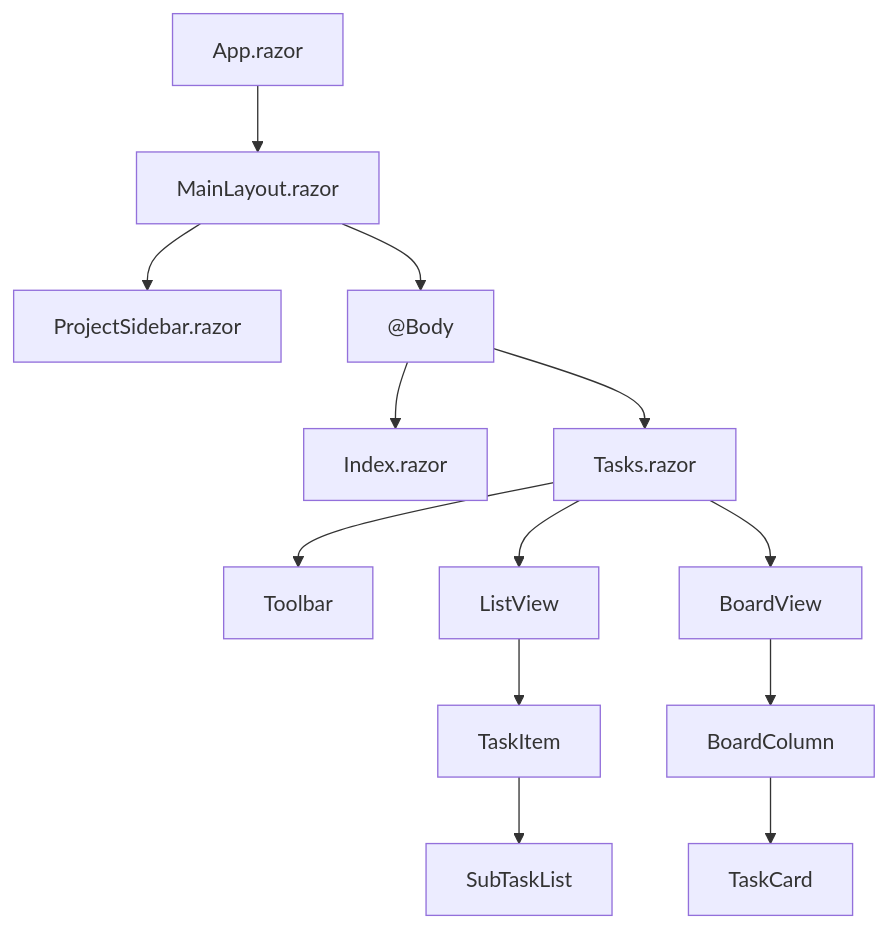
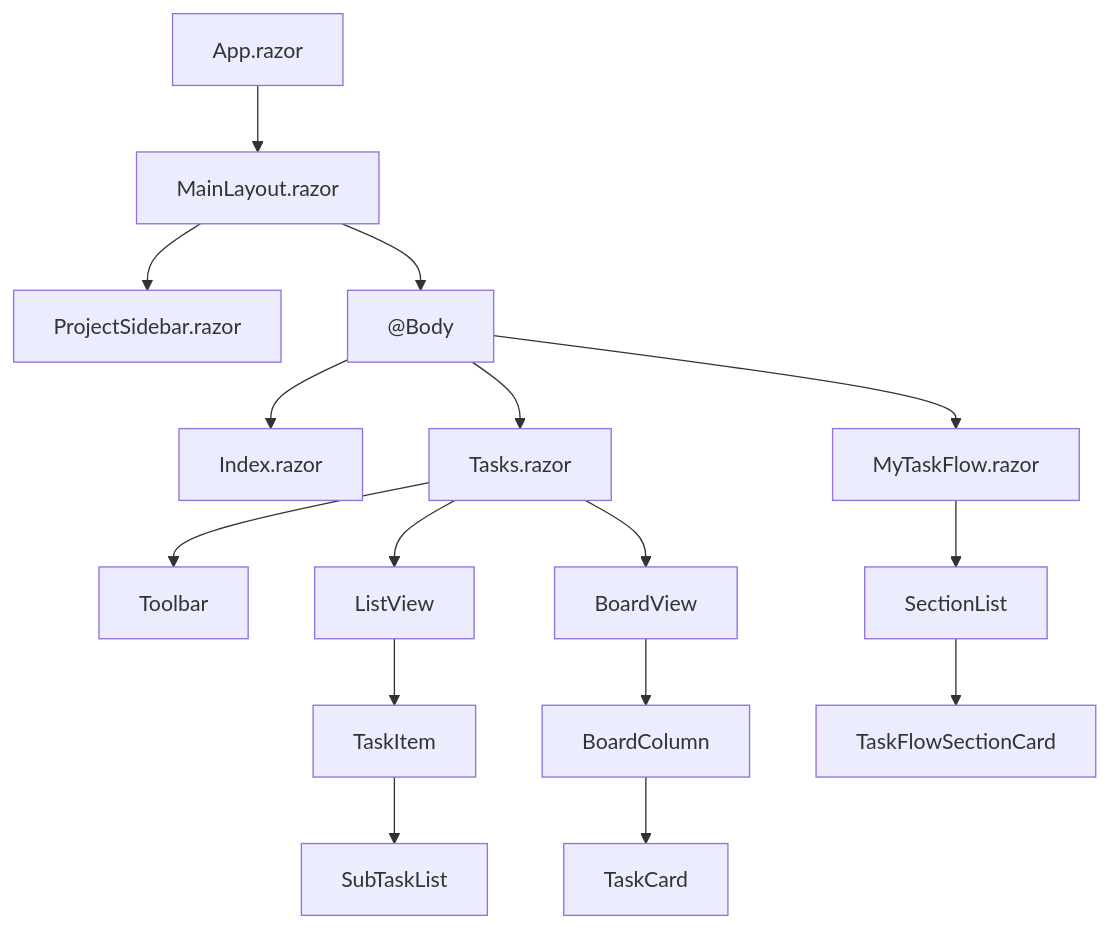
Diagram 11 of 17 in docs/SYSTEMDESIGN.md (vip32/TaskFlow), drawn with Mermaid before and after one commit. The commit also changed other lines of this file and 2 other files, not shown here.

Commit message:
docs: align My Task Flow requirements and docs

````diff
--- a/docs/SYSTEMDESIGN.md
+++ b/docs/SYSTEMDESIGN.md
@@ -931,15 +949,18 @@
 ```mermaid
 flowchart TD
     App["App.razor"] --> Main["MainLayout.razor"]
     Main --> Sidebar["ProjectSidebar.razor"]
     Main --> Body["@Body"]
     Body --> Index["Index.razor"]
     Body --> Tasks["Tasks.razor"]
+    Body --> Flow["MyTaskFlow.razor"]
     Tasks --> Toolbar["Toolbar"]
     Tasks --> List["ListView"]
     Tasks --> Board["BoardView"]
+    Flow --> SectionList["SectionList"]
+    SectionList --> SectionCard["TaskFlowSectionCard"]
     List --> Item["TaskItem"]
     Item --> SubTasks["SubTaskList"]
     Board --> Column["BoardColumn"]
     Column --> Card["TaskCard"]
 ```
````
